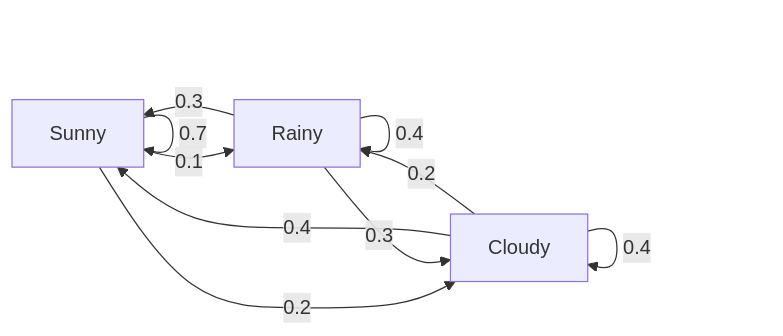
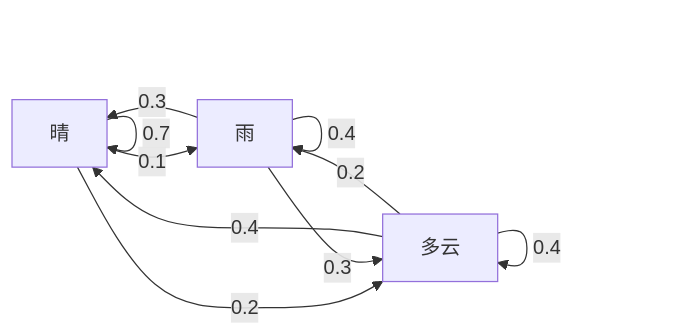
Before and after one commit to huangyue12120/Learning-Atlas: the first of 2 diagrams in content/translations/practice/01-math-foundations/22-stochastic-processes/zh.md, drawn with Mermaid. The commit also changed other lines of this file and 718 other files, not shown here.

````diff
--- a/content/translations/practice/01-math-foundations/22-stochastic-processes/zh.md
+++ b/content/translations/practice/01-math-foundations/22-stochastic-processes/zh.md
@@ -106,12 +106,12 @@
 ```mermaid
 graph LR
-    S["Sunny"] -->|0.7| S
-    S -->|0.1| R["Rainy"]
-    S -->|0.2| C["Cloudy"]
+    S["晴"] -->|0.7| S
+    S -->|0.1| R["雨"]
+    S -->|0.2| C["多云"]
     R -->|0.3| S
     R -->|0.4| R
     R -->|0.3| C
     C -->|0.4| S
     C -->|0.2| R
     C -->|0.4| C
 ```
````
